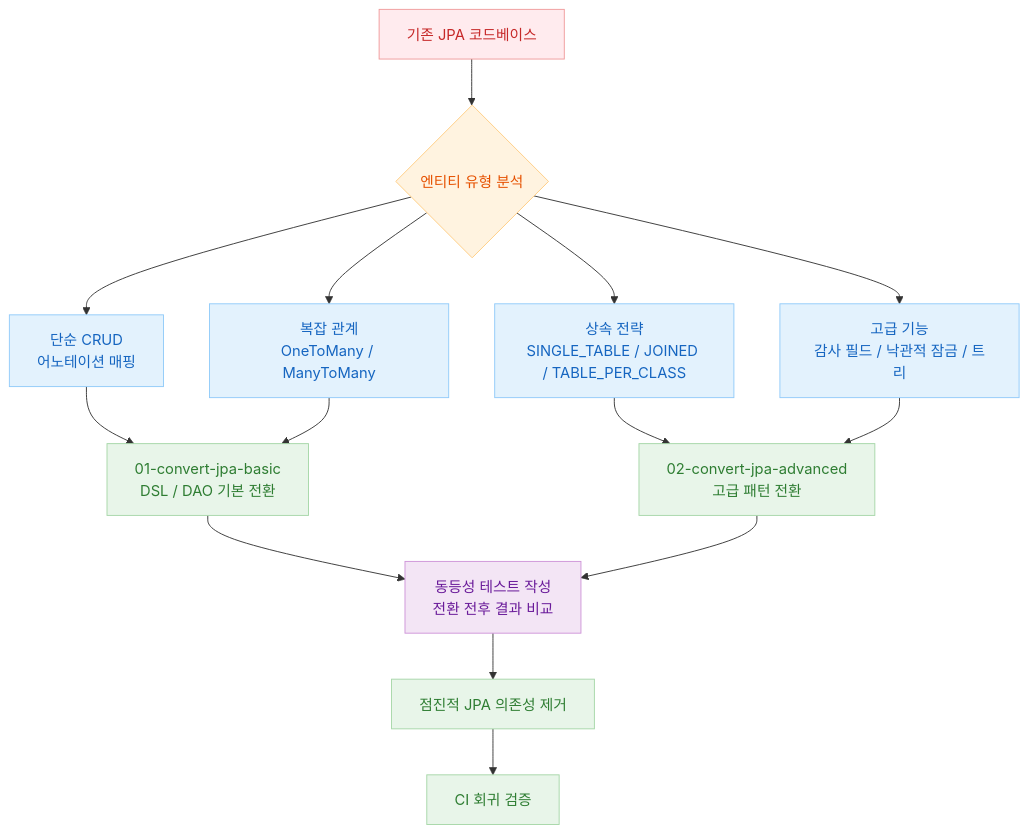
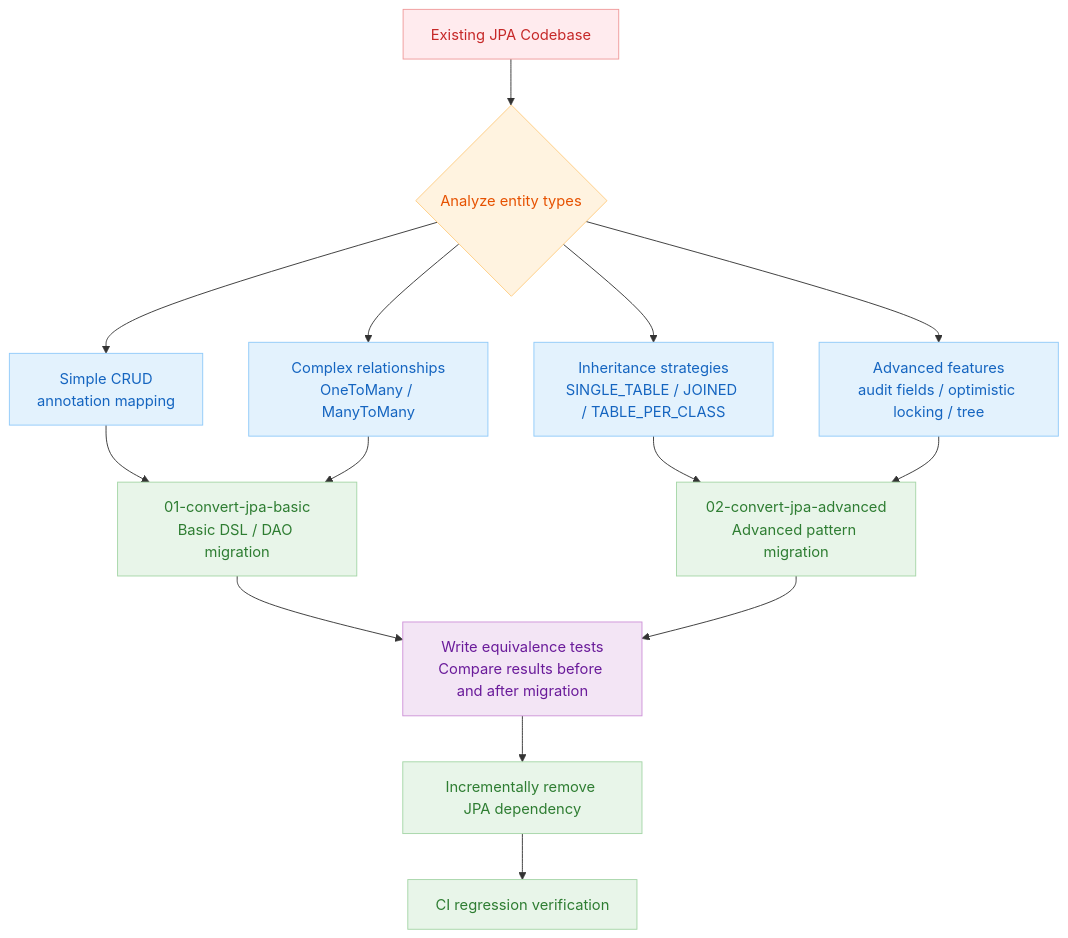
The third of 3 diagrams in 07-jpa/README.md (bluetape4k/exposed-workshop), drawn with Mermaid before and after one commit. The commit also changed other lines of this file and 115 other files, not shown here.

````diff
--- a/07-jpa/README.md
+++ b/07-jpa/README.md
@@ -98,31 +100,31 @@
 ```mermaid
 flowchart TD
-    A[기존 JPA 코드베이스] --> B{엔티티 유형 분석}
-    B --> C[단순 CRUD\n어노테이션 매핑]
-    B --> D[복잡 관계\nOneToMany / ManyToMany]
-    B --> E[상속 전략\nSINGLE_TABLE / JOINED / TABLE_PER_CLASS]
-    B --> F[고급 기능\n감사 필드 / 낙관적 잠금 / 트리]
+    A[Existing JPA Codebase] --> B{Analyze entity types}
+    B --> C[Simple CRUD\nannotation mapping]
+    B --> D[Complex relationships\nOneToMany / ManyToMany]
+    B --> E[Inheritance strategies\nSINGLE_TABLE / JOINED / TABLE_PER_CLASS]
+    B --> F[Advanced features\naudit fields / optimistic locking / tree]
 
-    C --> G[01-convert-jpa-basic\nDSL / DAO 기본 전환]
+    C --> G[01-convert-jpa-basic\nBasic DSL / DAO migration]
     D --> G
-    E --> H[02-convert-jpa-advanced\n고급 패턴 전환]
+    E --> H[02-convert-jpa-advanced\nAdvanced pattern migration]
     F --> H
 
-    G --> I[동등성 테스트 작성\n전환 전후 결과 비교]
+    G --> I[Write equivalence tests\nCompare results before and after migration]
     H --> I
-    I --> J[점진적 JPA 의존성 제거]
-    J --> K[CI 회귀 검증]
+    I --> J[Incrementally remove JPA dependency]
+    J --> K[CI regression verification]
 
     classDef red fill:#FFEBEE,stroke:#EF9A9A,color:#C62828
     classDef blue fill:#E3F2FD,stroke:#90CAF9,color:#1565C0
     classDef green fill:#E8F5E9,stroke:#A5D6A7,color:#2E7D32
     classDef orange fill:#FFF3E0,stroke:#FFCC80,color:#E65100
     classDef purple fill:#F3E5F5,stroke:#CE93D8,color:#6A1B9A
 
     class A red
     class B orange
     class C,D,E,F blue
     class G,H green
     class I purple
     class J,K green
 ```
````
